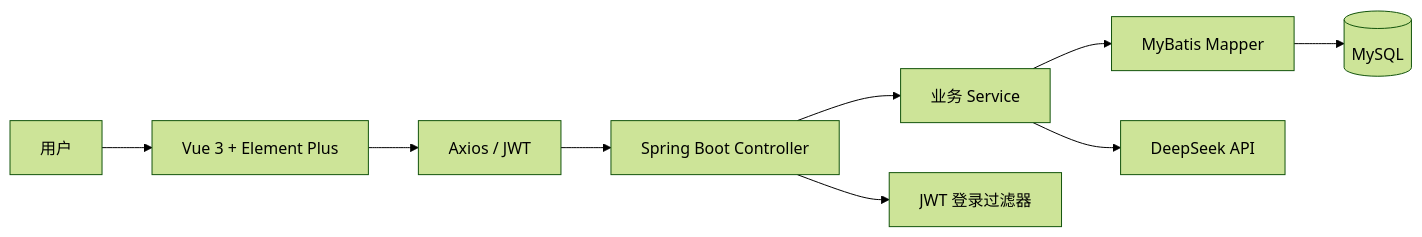
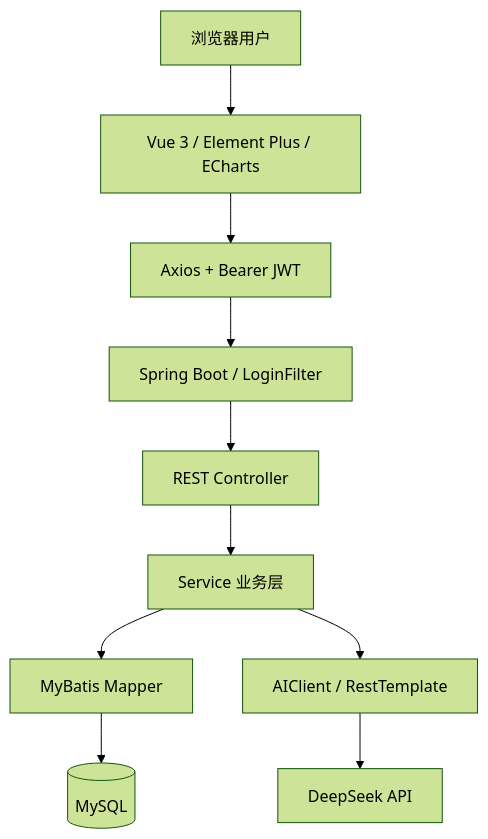
One commit to 211irving123456-del/AI-Study-Assistant changed the second of 4 diagrams in README.md. Above: the diagram before and after it, drawn with Mermaid (forest theme). The commit also changed other lines of this file, not shown here.

````diff
--- a/README.md
+++ b/README.md
@@ -45,11 +90,12 @@
-~~~mermaid
-flowchart LR
-    U["用户"] --> V["Vue 3 + Element Plus"]
-    V --> AX["Axios / JWT"]
-    AX --> C["Spring Boot Controller"]
-    C --> S["业务 Service"]
+```mermaid
+flowchart TB
+    U["浏览器用户"] --> V["Vue 3 / Element Plus / ECharts"]
+    V --> A["Axios + Bearer JWT"]
+    A --> F["Spring Boot / LoginFilter"]
+    F --> C["REST Controller"]
+    C --> S["Service 业务层"]
     S --> M["MyBatis Mapper"]
     M --> DB[("MySQL")]
-    S --> AI["DeepSeek API"]
-    C --> F["JWT 登录过滤器"]
-~~~
+    S --> CLIENT["AIClient / RestTemplate"]
+    CLIENT --> DS["DeepSeek API"]
+```
````
